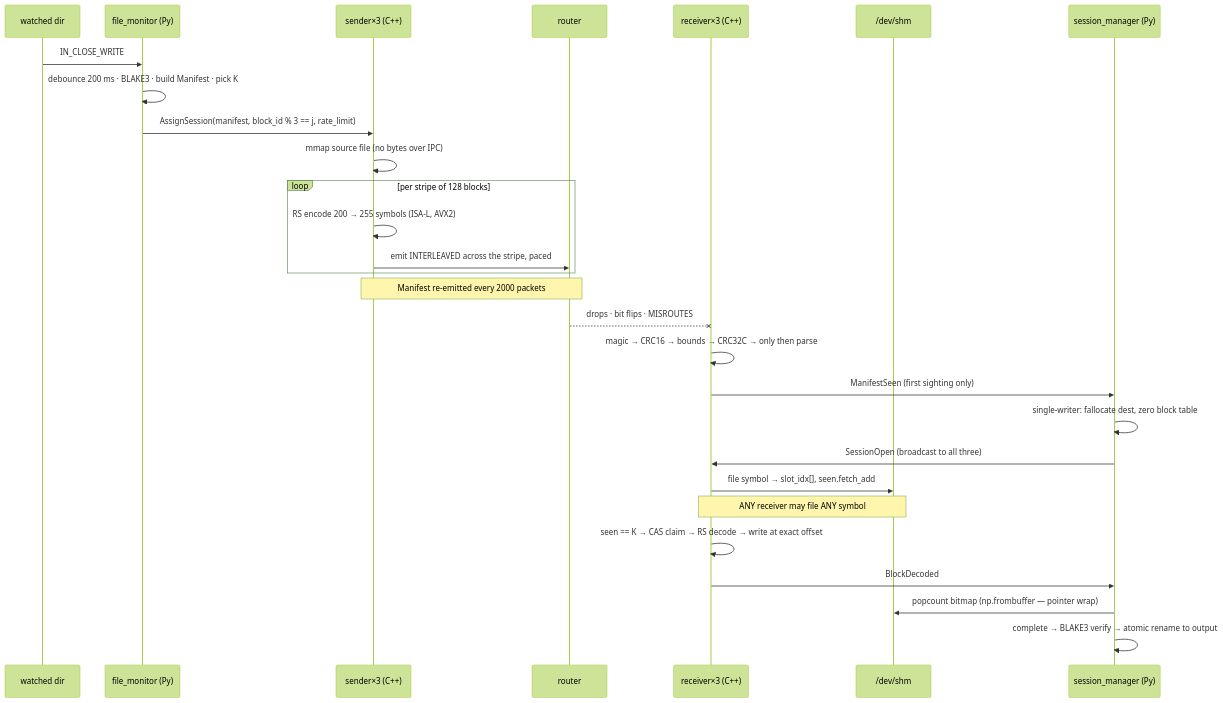
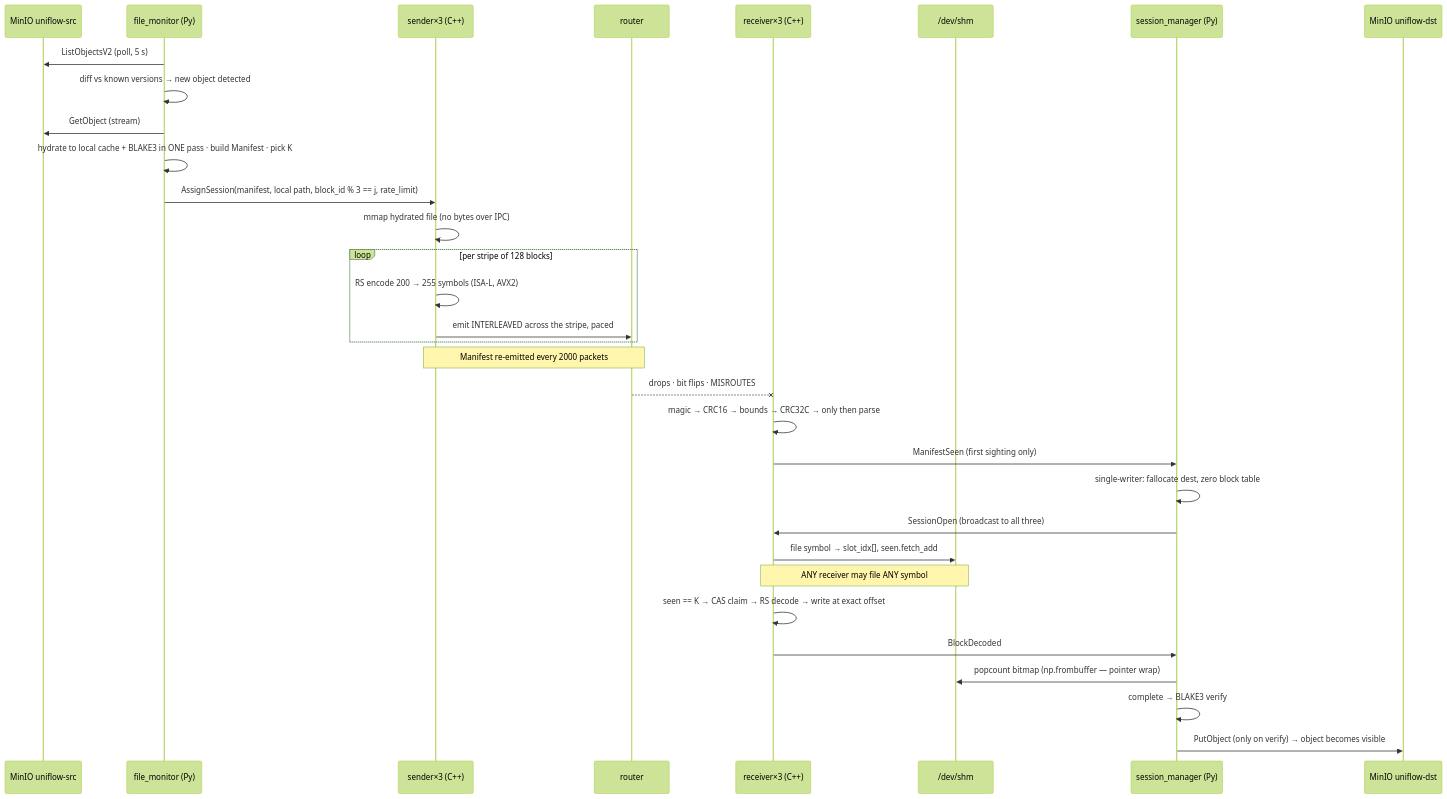
Before and after one commit to 1400-nexus/.github: the second of 2 diagrams in profile/README.md, drawn with Mermaid (forest theme). The commit also changed other lines of this file, not shown here.

````diff
--- a/profile/README.md
+++ b/profile/README.md
@@ -271,33 +329,37 @@
 ```mermaid
 sequenceDiagram
-    participant FS as watched dir
+    participant S3 as MinIO uniflow-src
     participant FM as file_monitor (Py)
     participant S as sender×3 (C++)
     participant R as router
     participant RX as receiver×3 (C++)
     participant SHM as /dev/shm
     participant SM as session_manager (Py)
+    participant DB as MinIO uniflow-dst
 
-    FS->>FM: IN_CLOSE_WRITE
-    FM->>FM: debounce 200 ms · BLAKE3 · build Manifest · pick K
-    FM->>S: AssignSession(manifest, block_id % 3 == j, rate_limit)
-    S->>S: mmap source file (no bytes over IPC)
+    FM->>S3: ListObjectsV2 (poll, 5 s)
+    FM->>FM: diff vs known versions → new object detected
+    FM->>S3: GetObject (stream)
+    FM->>FM: hydrate to local cache + BLAKE3 in ONE pass · build Manifest · pick K
+    FM->>S: AssignSession(manifest, local path, block_id % 3 == j, rate_limit)
+    S->>S: mmap hydrated file (no bytes over IPC)
 
     loop per stripe of 128 blocks
         S->>S: RS encode 200 → 255 symbols (ISA-L, AVX2)
         S->>R: emit INTERLEAVED across the stripe, paced
     end
     Note over S,R: Manifest re-emitted every 2000 packets
 
     R--xRX: drops · bit flips · MISROUTES
     RX->>RX: magic → CRC16 → bounds → CRC32C → only then parse
     RX->>SM: ManifestSeen (first sighting only)
     SM->>SM: single-writer: fallocate dest, zero block table
     SM->>RX: SessionOpen (broadcast to all three)
     RX->>SHM: file symbol → slot_idx[], seen.fetch_add
     Note over RX,SHM: ANY receiver may file ANY symbol
     RX->>RX: seen == K → CAS claim → RS decode → write at exact offset
     RX->>SM: BlockDecoded
     SM->>SHM: popcount bitmap (np.frombuffer — pointer wrap)
-    SM->>SM: complete → BLAKE3 verify → atomic rename to output
+    SM->>SM: complete → BLAKE3 verify
+    SM->>DB: PutObject (only on verify) → object becomes visible
 ```
````
